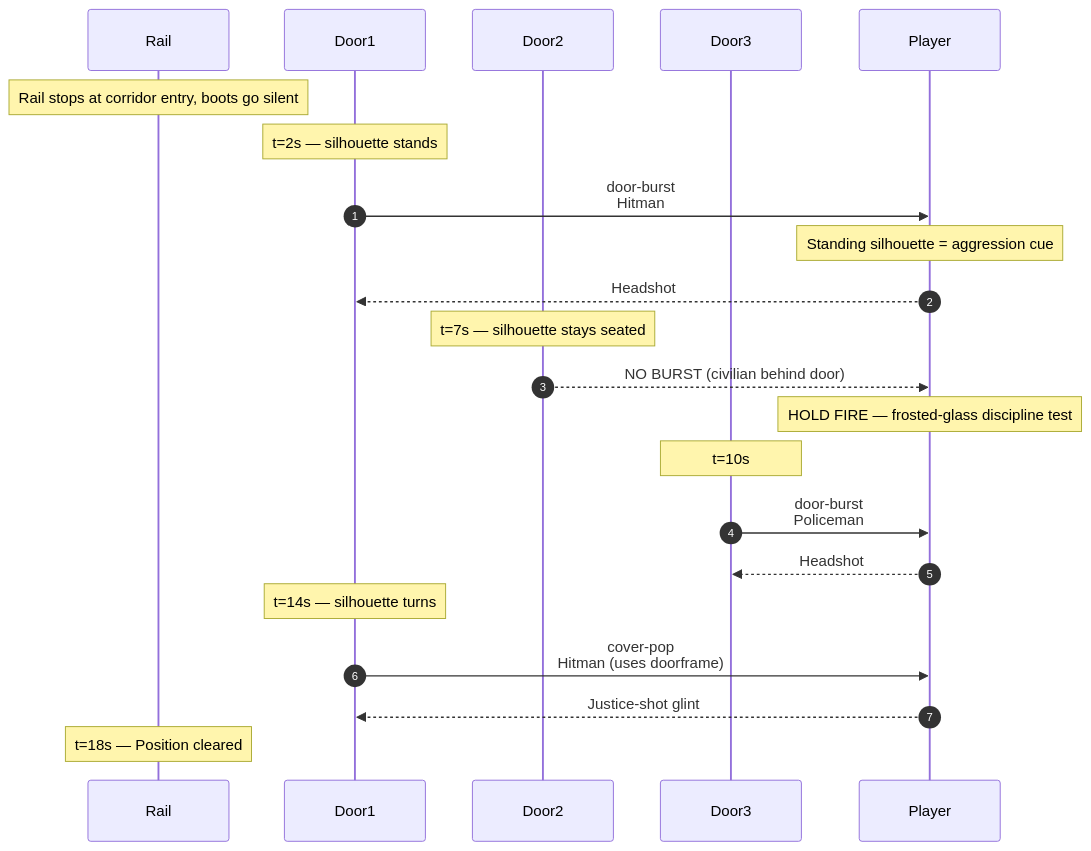
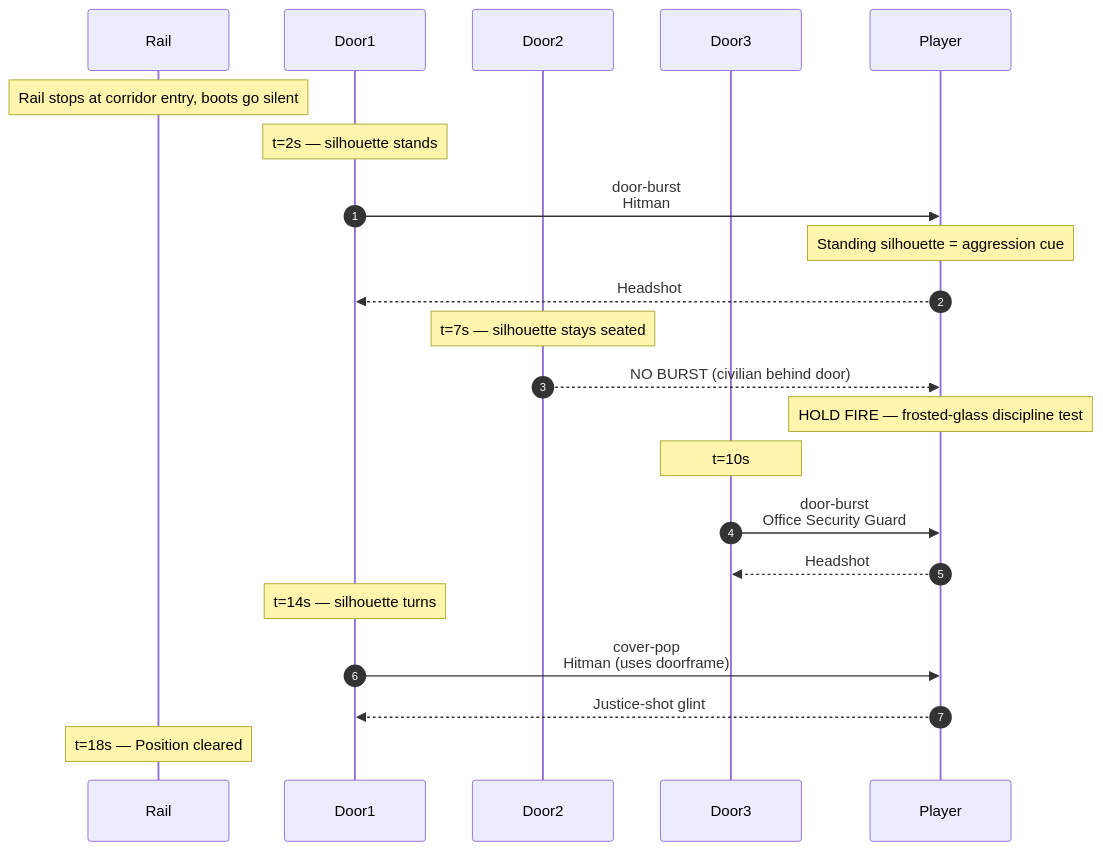
One commit to arcade-cabinet/department-of-redundancy-department changed the second of 4 diagrams in docs/spec/levels/05-hr-corridor.md. Above: the diagram before and after it, drawn with Mermaid. The commit also changed other lines of this file and 14 other files, not shown here.

First line of the commit message:
refactor(lore): repurpose policeman → office security guard, swat → head of security

````diff
--- a/docs/spec/levels/05-hr-corridor.md
+++ b/docs/spec/levels/05-hr-corridor.md
@@ -64,30 +64,30 @@
 ```mermaid
 sequenceDiagram
     autonumber
     participant Rail
     participant Door1
     participant Door2
     participant Door3
     participant Player
 
     Note over Rail: Rail stops at corridor entry, boots go silent
 
     Note over Door1: t=2s — silhouette stands
     Door1->>Player: door-burst<br/>Hitman
     Note over Player: Standing silhouette = aggression cue
     Player-->>Door1: Headshot
 
     Note over Door2: t=7s — silhouette stays seated
     Door2-->>Player: NO BURST (civilian behind door)
     Note over Player: HOLD FIRE — frosted-glass discipline test
 
     Note over Door3: t=10s
-    Door3->>Player: door-burst<br/>Policeman
+    Door3->>Player: door-burst<br/>Office Security Guard
     Player-->>Door3: Headshot
 
     Note over Door1: t=14s — silhouette turns
     Door1->>Player: cover-pop<br/>Hitman (uses doorframe)
     Player-->>Door1: Justice-shot glint
 
     Note over Rail: t=18s — Position cleared
 ```
````
